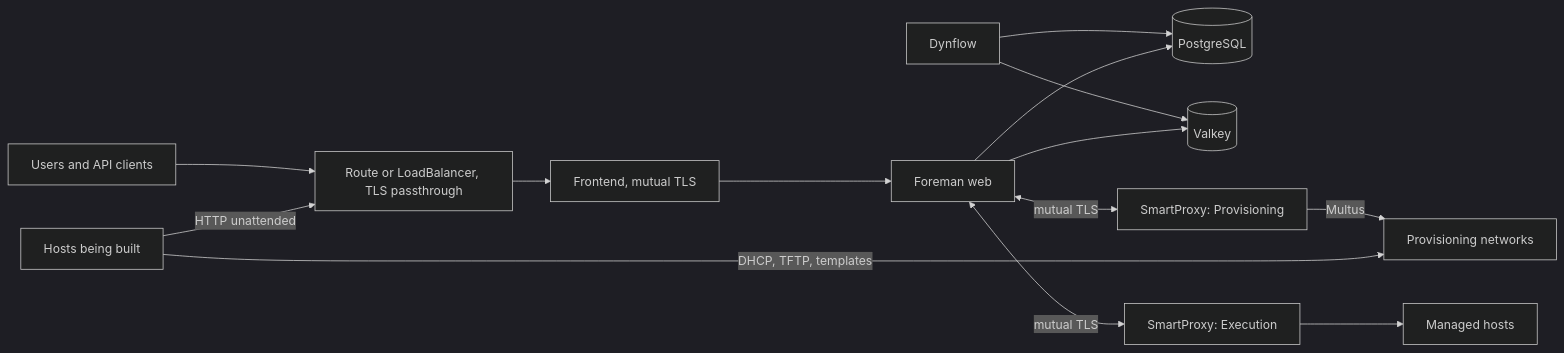
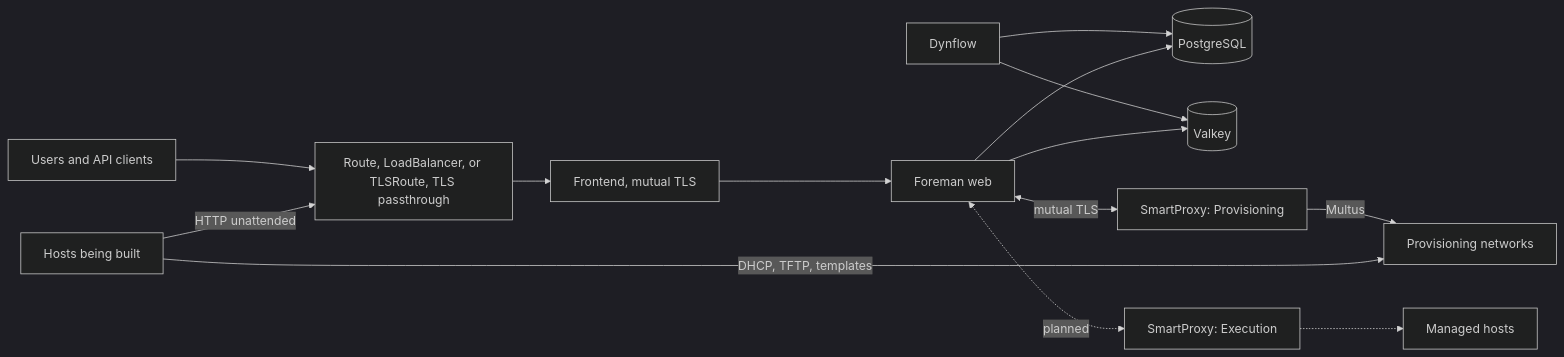
One commit to slauger/foreman-operator changed the first of 2 diagrams in docs/concepts/architecture.md. Above: the diagram before and after it, drawn with Mermaid (dark theme). The commit also changed other lines of this file and 89 other files, not shown here.

First line of the commit message:
feat: MVP with operator, controllers, images, and Helm chart (#5)

````diff
--- a/docs/concepts/architecture.md
+++ b/docs/concepts/architecture.md
@@ -10,18 +10,18 @@
 ```mermaid
 flowchart LR
-  Users[Users and API clients] --> Edge[Route or LoadBalancer, TLS passthrough]
+  Users[Users and API clients] --> Edge[Route, LoadBalancer, or TLSRoute, TLS passthrough]
   Build[Hosts being built] -->|HTTP unattended| Edge
   Edge --> Frontend[Frontend, mutual TLS]
   Frontend --> Web[Foreman web]
 
   Dynflow[Dynflow] --> PG[(PostgreSQL)]
   Dynflow --> Valkey[(Valkey)]
   Web --> PG
   Web --> Valkey
 
   Web <-->|mutual TLS| Prov[SmartProxy: Provisioning]
-  Web <-->|mutual TLS| Exec[SmartProxy: Execution]
-  Exec --> Managed[Managed hosts]
+  Web <-.->|planned| Exec[SmartProxy: Execution]
+  Exec -.-> Managed[Managed hosts]
   Prov -->|Multus| Net[Provisioning networks]
   Build -->|DHCP, TFTP, templates| Net
 ```
````
